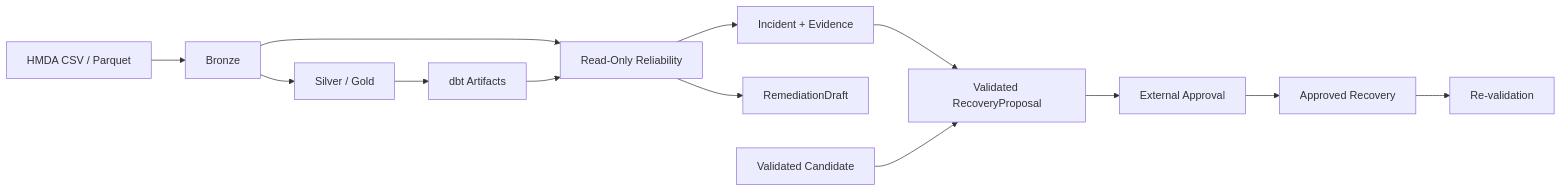
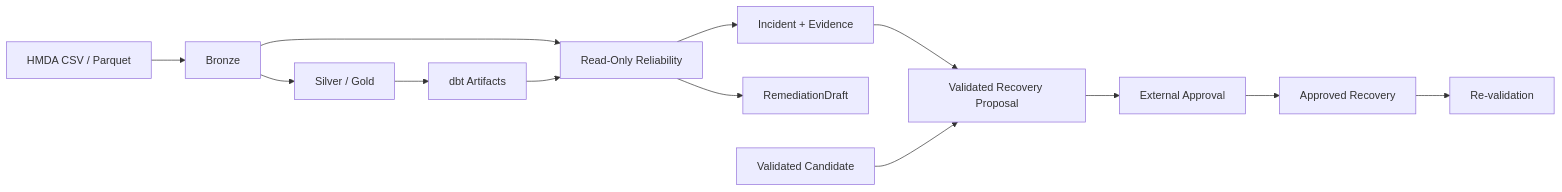
Before and after one commit to mols3131d/hmda-data-reliability: the diagram in docs/ARCHITECTURE.md, drawn with Mermaid. The commit also changed other lines of this file and 1 other file, not shown here.

Commit message:
docs: recovery proposal contract 구분

````diff
--- a/docs/ARCHITECTURE.md
+++ b/docs/ARCHITECTURE.md
@@ -7,17 +7,17 @@
 ```mermaid
 flowchart LR
     files["HMDA CSV / Parquet"] --> raw["Bronze"]
     raw --> dbt["Silver / Gold"]
     dbt --> artifacts["dbt Artifacts"]
 
     raw --> lifecycle["Read-Only Reliability"]
     artifacts --> lifecycle
     lifecycle --> incident["Incident + Evidence"]
     lifecycle --> draft["RemediationDraft"]
 
-    incident --> proposal["Validated RecoveryProposal"]
+    incident --> proposal["Validated Recovery Proposal"]
     candidate["Validated Candidate"] --> proposal
     proposal --> approval["External Approval"]
     approval --> recovery["Approved Recovery"]
     recovery --> verify["Re-validation"]
 ```
````
